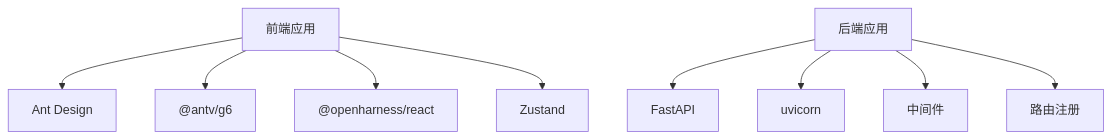
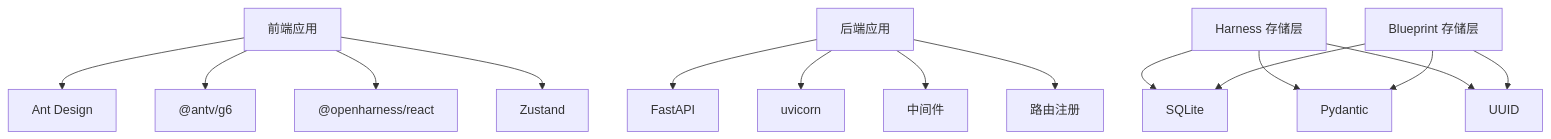
Diagram 11 of 11 in .qoder/repowiki/zh/content/架构设计/分层架构设计/L5-L6 接口层/L5-L6 接口层.md (inier/ontology-graphiti), drawn with Mermaid before and after one commit. The commit also changed other lines of this file and 85 other files, not shown here.

````diff
--- a/.qoder/repowiki/zh/content/架构设计/分层架构设计/L5-L6 接口层/L5-L6 接口层.md
+++ b/.qoder/repowiki/zh/content/架构设计/分层架构设计/L5-L6 接口层/L5-L6 接口层.md
@@ -352,11 +718,17 @@
 ```mermaid
 graph TB
 FE["前端应用"] --> AD["Ant Design"]
 FE --> G6["@antv/g6"]
 FE --> OH["@openharness/react"]
 FE --> ZS["Zustand"]
 BE["后端应用"] --> FA["FastAPI"]
 BE --> UV["uvicorn"]
 BE --> MW["中间件"]
 BE --> RR["路由注册"]
+HS["Harness 存储层"] --> SQLITE["SQLite"]
+HS --> PYD["Pydantic"]
+HS --> UUID["UUID"]
+BP["Blueprint 存储层"] --> SQLITE
+BP --> PYD
+BP --> UUID
 ```
````
